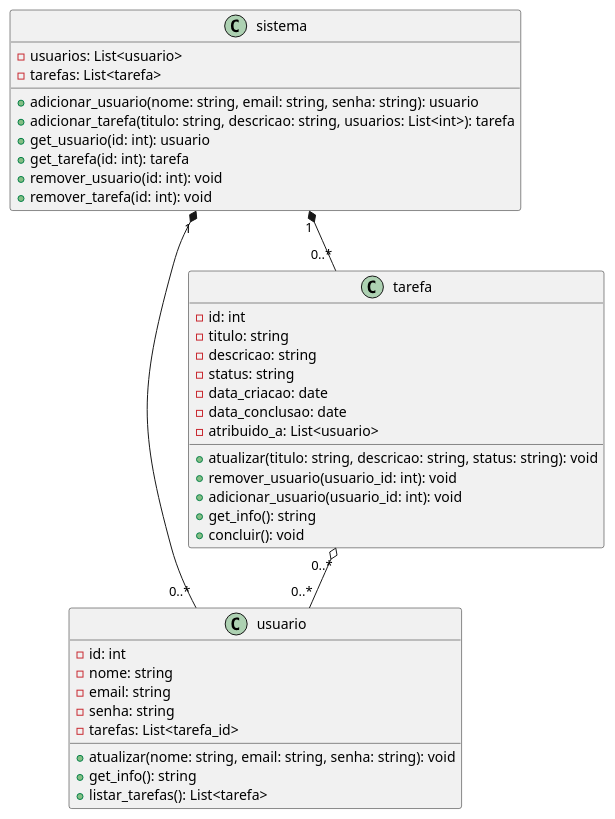
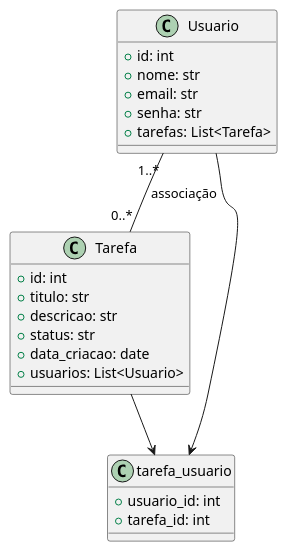
The diagram in Documentação/classes.puml (miguel2026/API-para-tarefas), drawn with PlantUML before and after one commit. The commit also changed 30 other files, not shown here.

```diff
--- a/Documentação/classes.puml
+++ b/Documentação/classes.puml
@@ -1,43 +1,29 @@
-@startuml Tarefas
+@startuml classes
 
-class usuario {
-  -id: int
-  -nome: string
-  -email: string
-  -senha: string
-  -tarefas: List<tarefa_id>
-  +atualizar(nome: string, email: string, senha: string): void
-  +get_info(): string
-  +listar_tarefas(): List<tarefa>
-}
-class tarefa {
-  -id: int
-  -titulo: string
-  -descricao: string
-  -status: string
-  -data_criacao: date
-  -data_conclusao: date
-  -atribuido_a: List<usuario>
-  +atualizar(titulo: string, descricao: string, status: string): void
-  +remover_usuario(usuario_id: int): void
-  +adicionar_usuario(usuario_id: int): void
-  +get_info(): string
-  +concluir(): void
+class Usuario {
+    +id: int
+    +nome: str
+    +email: str
+    +senha: str
+    +tarefas: List<Tarefa>
 }
 
-class sistema {
-  -usuarios: List<usuario>
-  -tarefas: List<tarefa>
-  +adicionar_usuario(nome: string, email: string, senha: string): usuario
-  +adicionar_tarefa(titulo: string, descricao: string, usuarios: List<int>): tarefa
-  +get_usuario(id: int): usuario
-  +get_tarefa(id: int): tarefa
-  +remover_usuario(id: int): void
-  +remover_tarefa(id: int): void
+class Tarefa {
+    +id: int
+    +titulo: str
+    +descricao: str
+    +status: str
+    +data_criacao: date
+    +usuarios: List<Usuario>
 }
 
-sistema "1" *-- "0..*" usuario
-sistema "1" *-- "0..*" tarefa
-tarefa "0..*" o-- "0..*" usuario
+class tarefa_usuario {
+    +usuario_id: int
+    +tarefa_id: int
+}
+
+Usuario "1..*" -- "0..*" Tarefa : associação
+Usuario --> tarefa_usuario
+Tarefa --> tarefa_usuario
 
 @enduml
```
